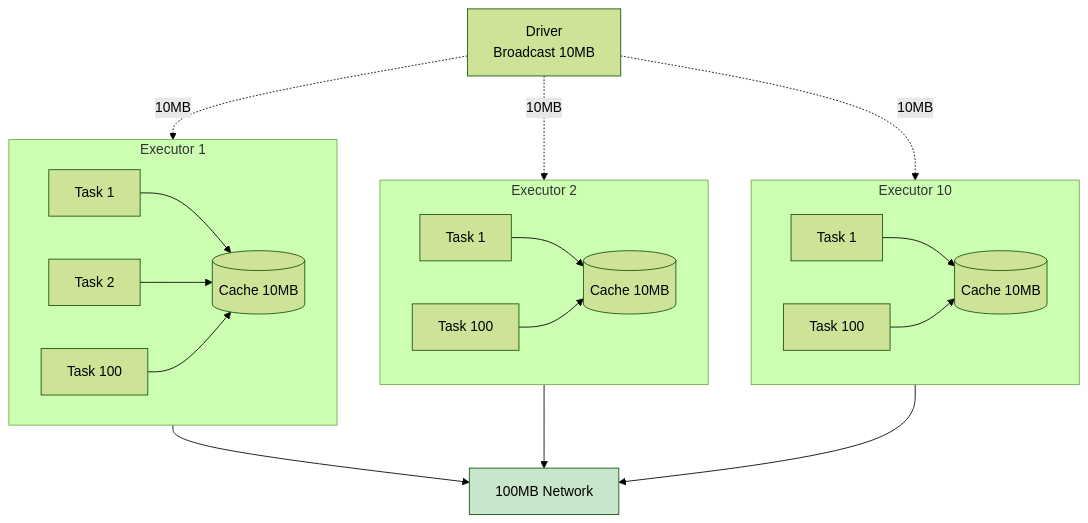
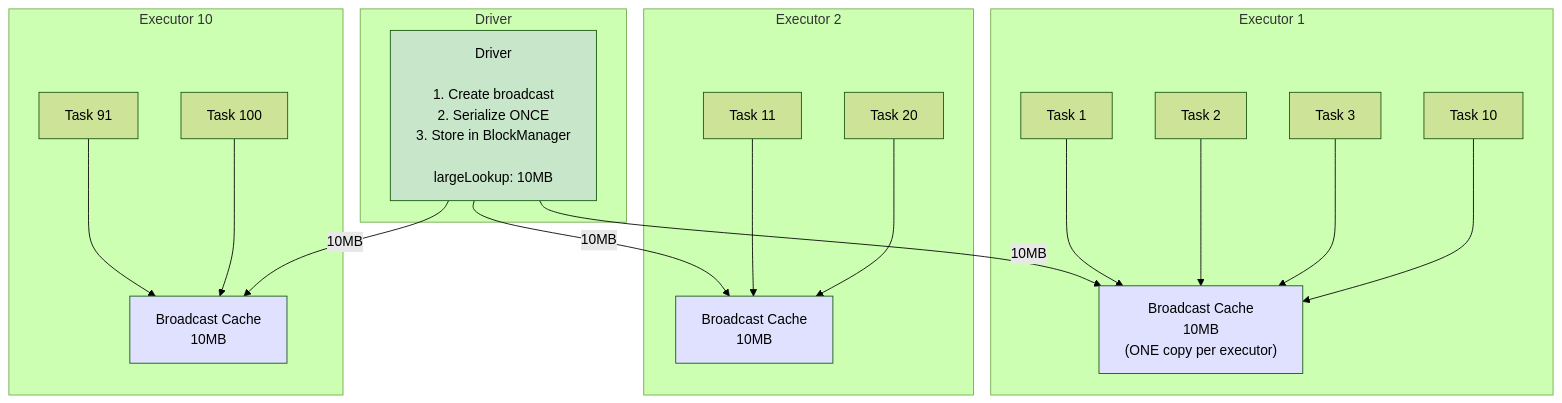
Before and after one commit to Anmol33/SystemDesign: diagram 18 of 18 in Batch Processing/spark_internals/04_spark_memory_and_serialization.md, drawn with Mermaid (forest theme). The commit also changed other lines of this file, not shown here.

First line of the commit message:
Enhance Broadcast Variables section with closure capture explanation

````diff
--- a/Batch Processing/spark_internals/04_spark_memory_and_serialization.md
+++ b/Batch Processing/spark_internals/04_spark_memory_and_serialization.md
@@ -1003,33 +1105,35 @@
 ```mermaid
 graph TB
-    Driver[Driver<br/>Broadcast 10MB]
-    
-    Driver -.->|10MB| E1
-    Driver -.->|10MB| E2
-    Driver -.->|10MB| E10
-    
-    subgraph E1 [Executor 1]
-        BC1[(Cache 10MB)]
-        T1_1[Task 1] --> BC1
-        T1_2[Task 2] --> BC1
-        T1_100[Task 100] --> BC1
+    subgraph "Driver"
+        D["Driver<br/><br/>1. Create broadcast<br/>2. Serialize ONCE<br/>3. Store in BlockManager<br/><br/>largeLookup: 10MB"]
     end
     
-    subgraph E2 [Executor 2]
-        BC2[(Cache 10MB)]
-        T2_1[Task 1] --> BC2
-        T2_100[Task 100] --> BC2
+    subgraph "Executor 1"
+        E1C["Broadcast Cache<br/>10MB<br/>(ONE copy per executor)"]
+        E1T1["Task 1"] --> E1C
+        E1T2["Task 2"] --> E1C
+        E1T3["Task 3"] --> E1C
+        E1T10["Task 10"] --> E1C
     end
     
-    subgraph E10 [Executor 10]
-        BC10[(Cache 10MB)]
-        T10_1[Task 1] --> BC10
-        T10_100[Task 100] --> BC10
+    subgraph "Executor 2"
+        E2C["Broadcast Cache<br/>10MB"]
+        E2T1["Task 11"] --> E2C
+        E2T10["Task 20"] --> E2C
     end
     
-    E1 --> Good[100MB Network]
-    E2 --> Good
-    E10 --> Good
+    subgraph "Executor 10"
+        E10C["Broadcast Cache<br/>10MB"]
+        E10T1["Task 91"] --> E10C
+        E10T10["Task 100"] --> E10C
+    end
     
-    style Good fill:#c8e6c9
+    D -->|10MB| E1C
+    D -->|10MB| E2C
+    D -->|10MB| E10C
+    
+    style D fill:#c8e6c9
+    style E1C fill:#e0e0ff
+    style E2C fill:#e0e0ff
+    style E10C fill:#e0e0ff
 ```
````
